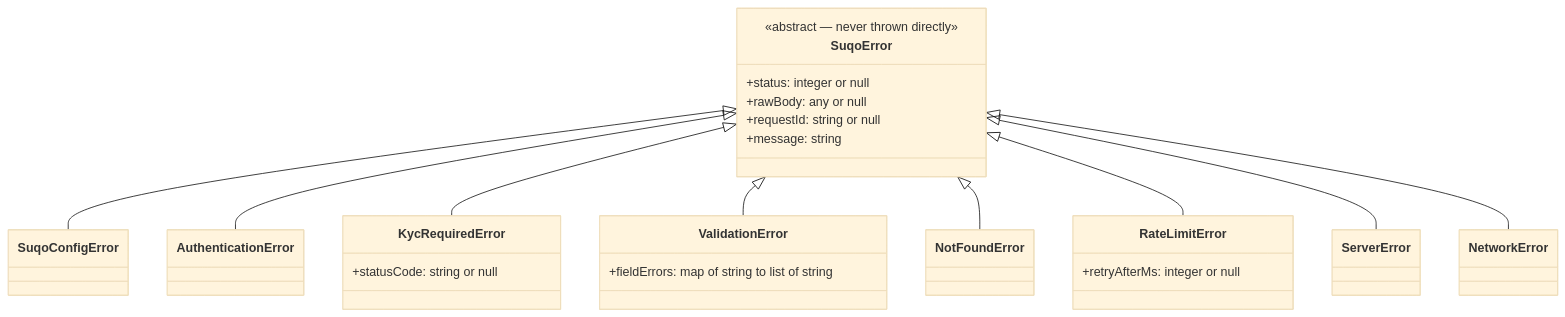
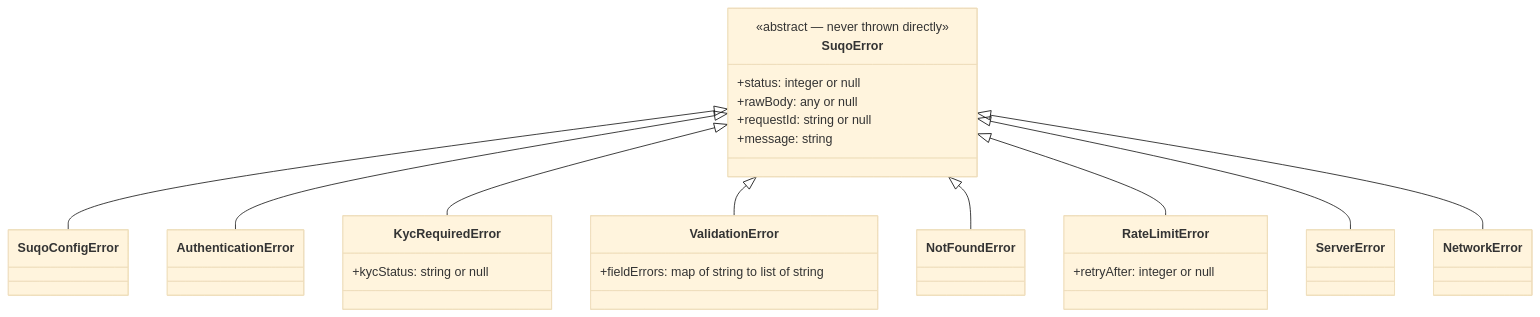
The first of 3 diagrams in docs/design/ticket-1-errors-config-client.md (suqo-ai/suqo-sdk-ts), drawn with Mermaid (base theme) before and after one commit. The commit also changed other lines of this file and 18 other files, not shown here.

````diff
--- a/docs/design/ticket-1-errors-config-client.md
+++ b/docs/design/ticket-1-errors-config-client.md
@@ -47,28 +47,28 @@
 ```mermaid
 classDiagram
   class SuqoError {
     <<abstract — never thrown directly>>
     +status: integer or null
     +rawBody: any or null
     +requestId: string or null
     +message: string
   }
   SuqoError <|-- SuqoConfigError
   SuqoError <|-- AuthenticationError
   SuqoError <|-- KycRequiredError
   SuqoError <|-- ValidationError
   SuqoError <|-- NotFoundError
   SuqoError <|-- RateLimitError
   SuqoError <|-- ServerError
   SuqoError <|-- NetworkError
 
   class KycRequiredError {
-    +statusCode: string or null
+    +kycStatus: string or null
   }
   class ValidationError {
     +fieldErrors: map of string to list of string
   }
   class RateLimitError {
-    +retryAfterMs: integer or null
+    +retryAfter: integer or null
   }
 ```
````
